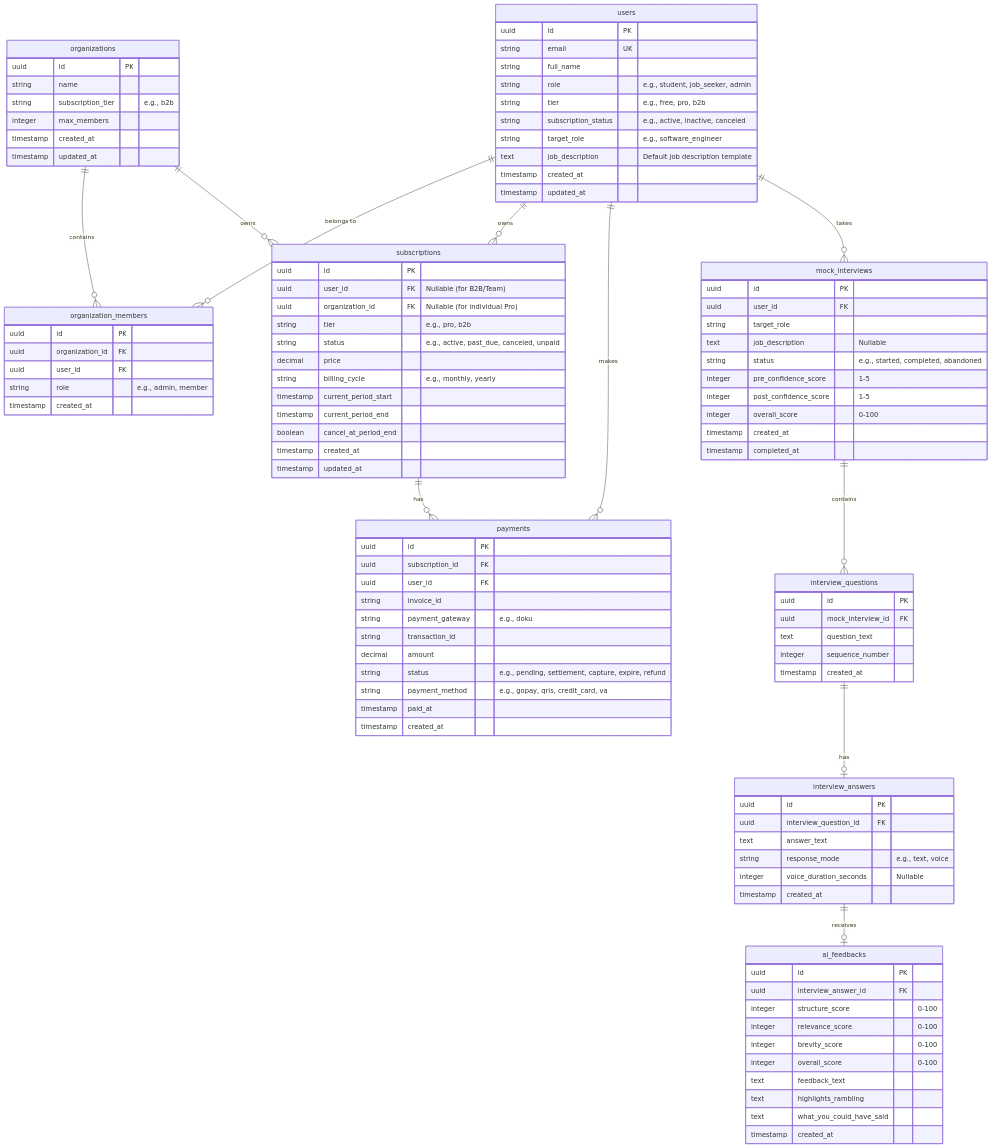
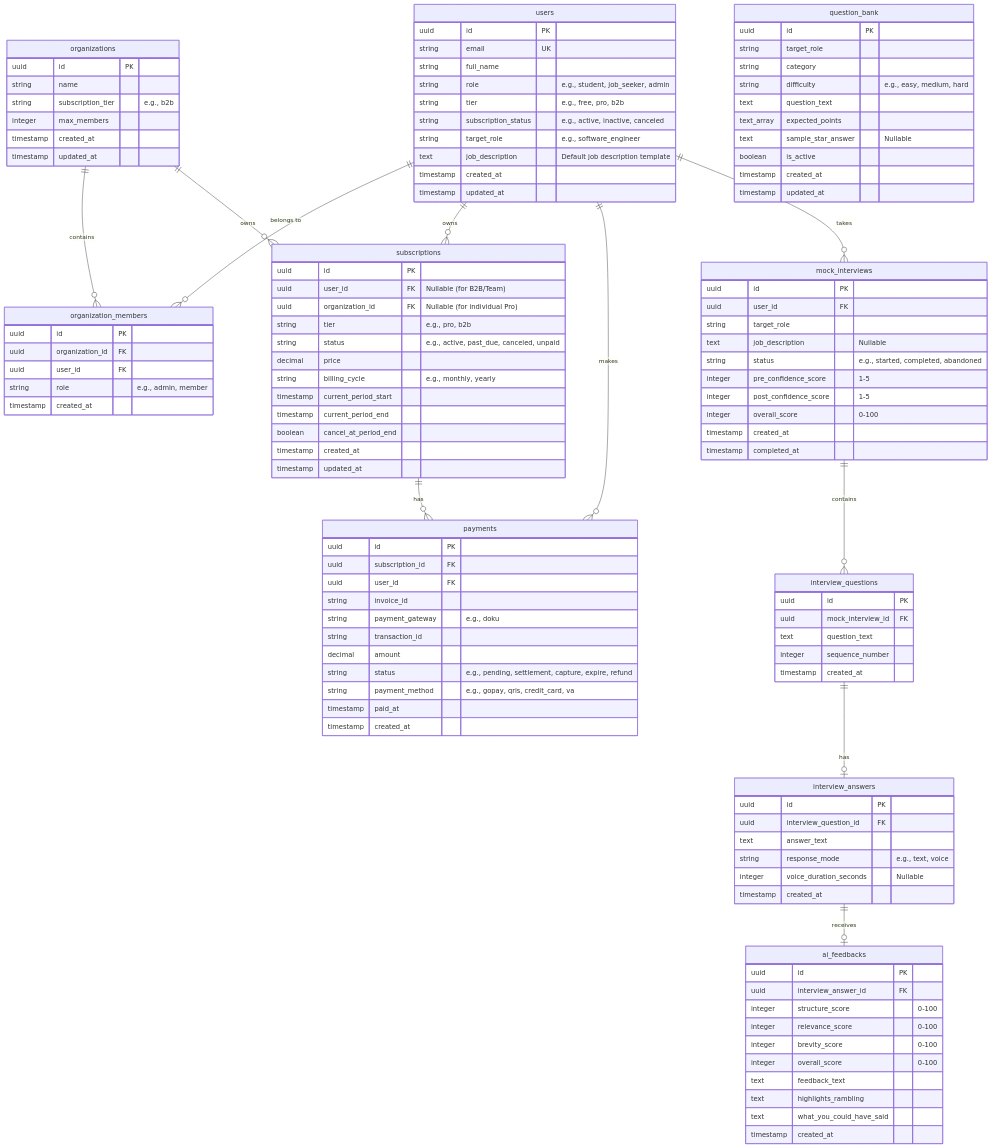
One commit to vickyvaf/interview-masters changed the diagram in docs/ERD.md. Above: the diagram before and after it, drawn with Mermaid. The commit also changed other lines of this file and 2 other files, not shown here.

Commit message:
docs: update README, PRD, and ERD with question_bank table, Supertonic 3 TTS, and Remotion

```diff
--- a/docs/ERD.md
+++ b/docs/ERD.md
@@ -108,6 +108,19 @@
         timestamp created_at
     }
 
+    question_bank {
+        uuid id PK
+        string target_role
+        string category
+        string difficulty "e.g., easy, medium, hard"
+        text question_text
+        text_array expected_points
+        text sample_star_answer "Nullable"
+        boolean is_active
+        timestamp created_at
+        timestamp updated_at
+    }
+
     users ||--o{ organization_members : "belongs to"
     organizations ||--o{ organization_members : "contains"
     users ||--o{ subscriptions : "owns"
```
